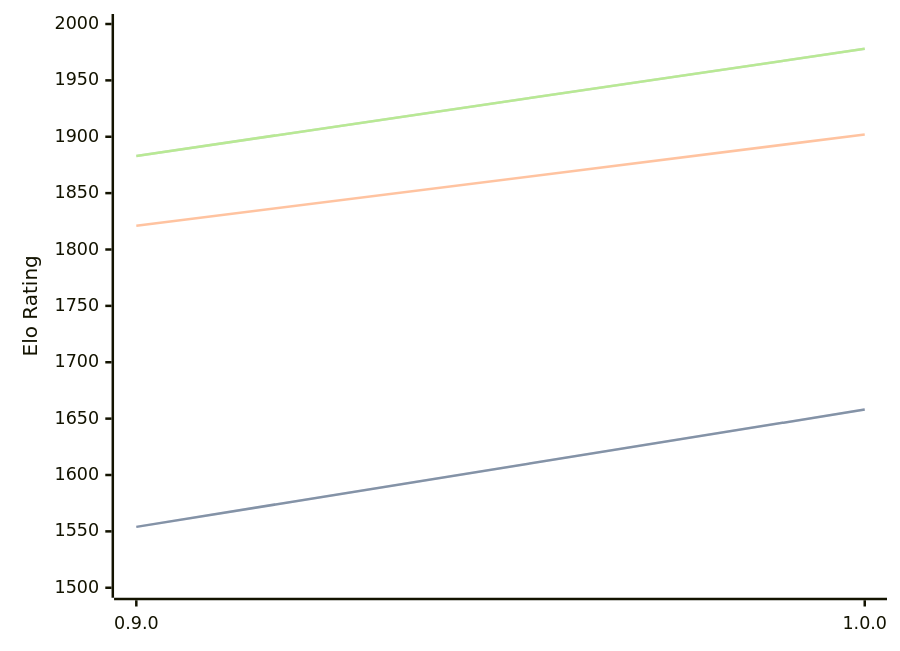
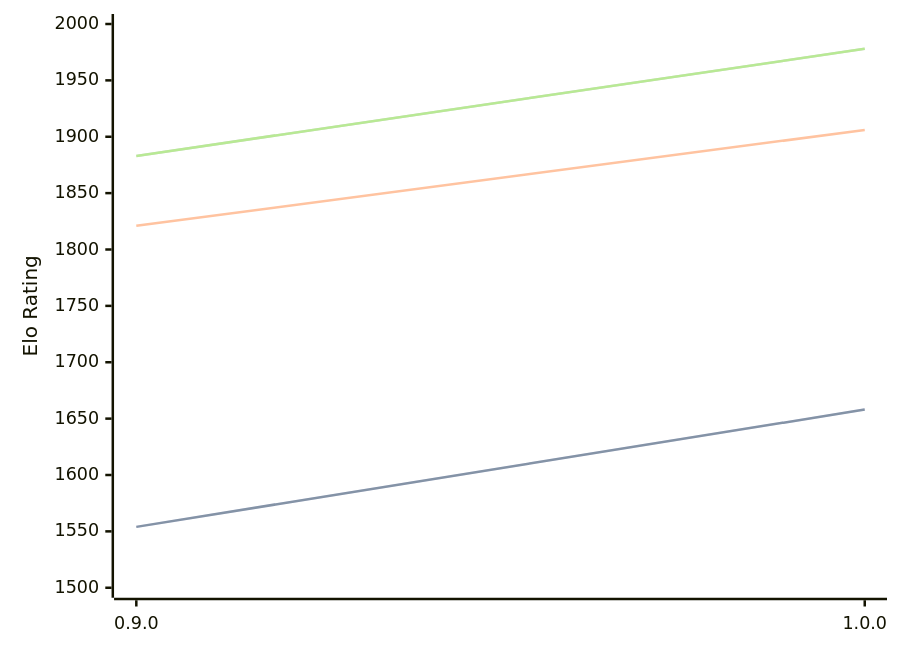
The diagram in engines/Ratsu.md (computer-chess-index/cci), drawn with Mermaid before and after one commit. The commit also changed other lines of this file, not shown here.

````diff
--- a/engines/Ratsu.md
+++ b/engines/Ratsu.md
@@ -32,11 +32,11 @@
 ```mermaid
 %%{init: {"theme":"base","themeVariables":{"seriesColors:['#a3a3a3','#222221','#faa371']}}}%%
 xychart-beta
   x-axis ["0.9.0", "1.0.0"]
   y-axis "Elo Rating" 1500 --> 2000
   line "STC (8.0+0.08s)" [1554, 1658]
   line "STC (8.0+0.08s)" [1554, 1658]
-  line "LTC (60.0+0.60s)" [1821, 1902]
+  line "LTC (60.0+0.60s)" [1821, 1906]
   line "VLTC (2m24s+1.12s)" [1883, 1978]
   line "VLTC (2m24s+1.12s)" [1883, 1978]
 ```
````
